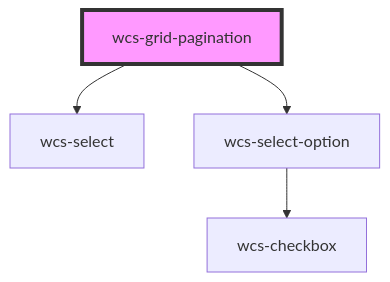
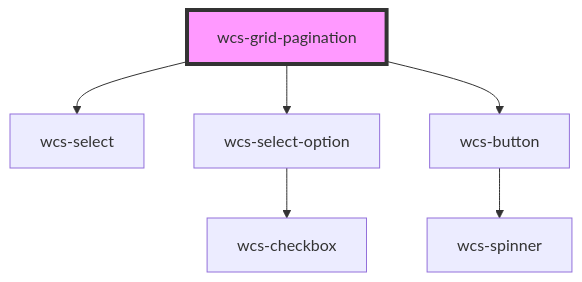
Before and after one commit to SNCFdevelopers/wcs: the diagram in src/components/grid-pagination/readme.md, drawn with Mermaid. The commit also changed other lines of this file and 17 other files, not shown here.

````diff
--- a/src/components/grid-pagination/readme.md
+++ b/src/components/grid-pagination/readme.md
@@ -38,7 +39,9 @@
 ```mermaid
 graph TD;
   wcs-grid-pagination --> wcs-select
   wcs-grid-pagination --> wcs-select-option
+  wcs-grid-pagination --> wcs-button
   wcs-select-option --> wcs-checkbox
+  wcs-button --> wcs-spinner
   style wcs-grid-pagination fill:#f9f,stroke:#333,stroke-width:4px
 ```
````
